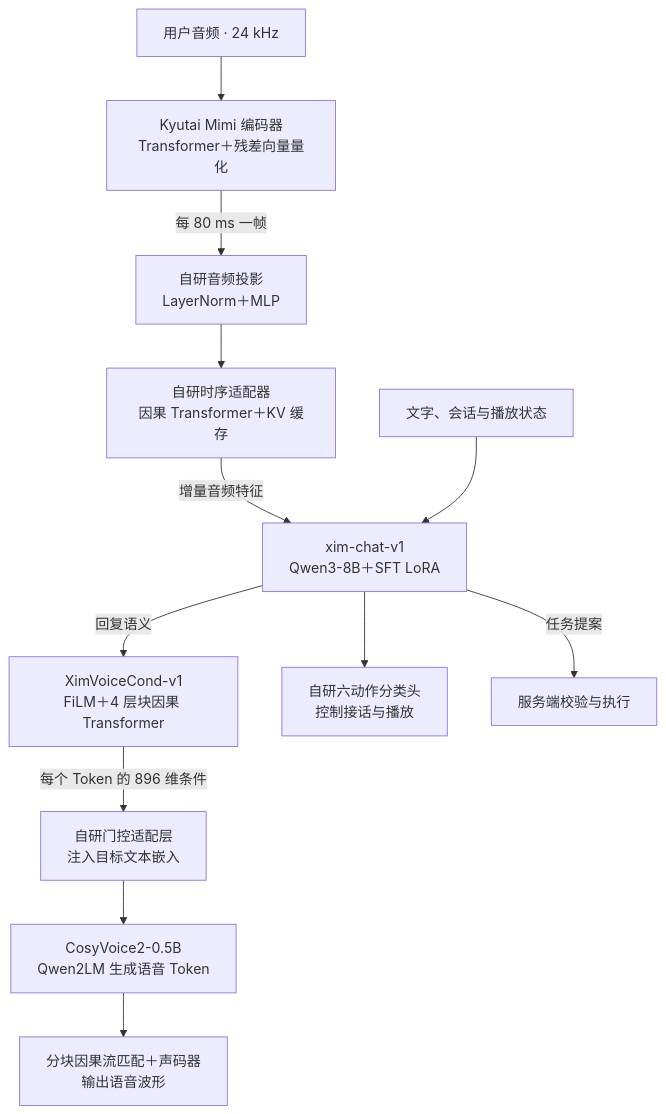
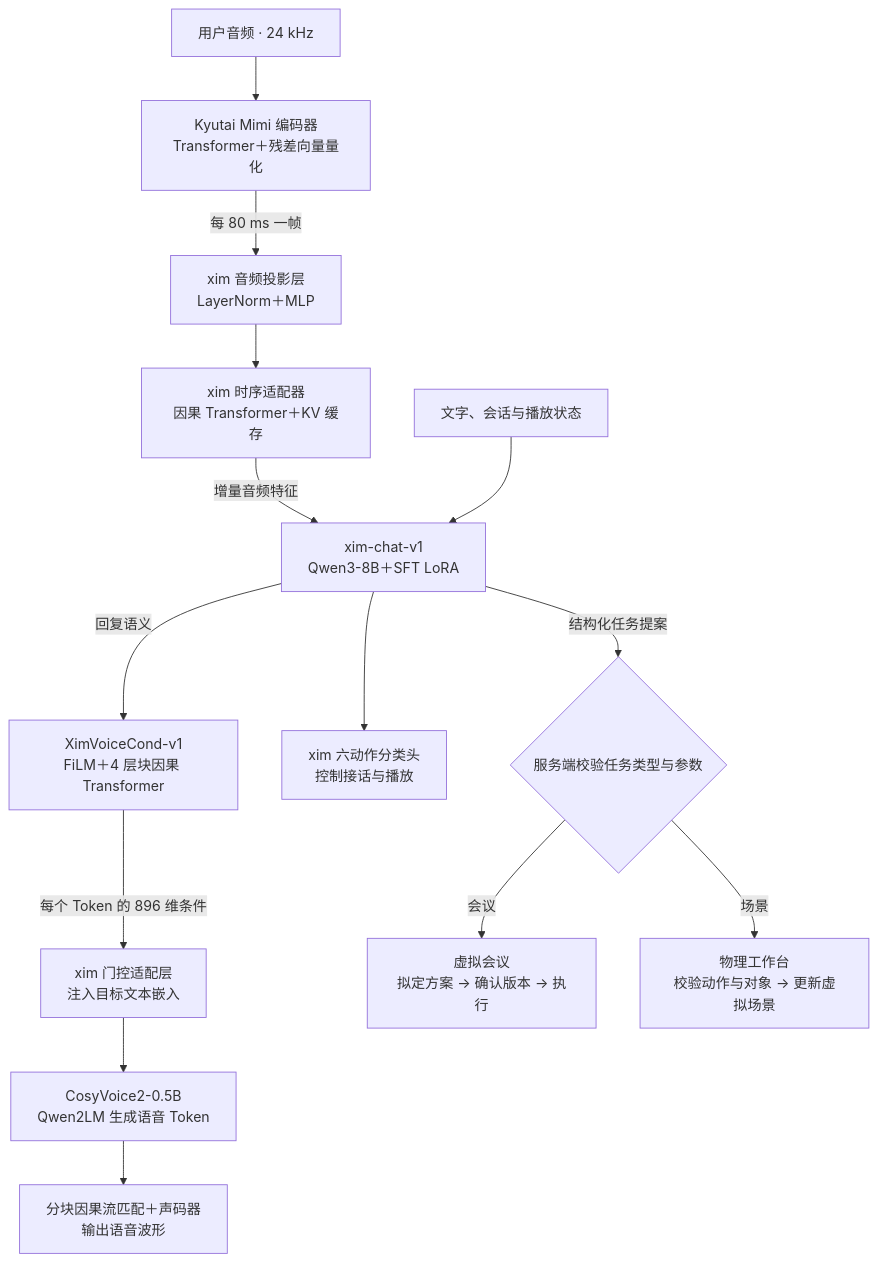
The diagram in README.md (wuki-creator/Xim-duplex), drawn with Mermaid before and after one commit. The commit also changed other lines of this file and 21 other files, not shown here.

````diff
--- a/README.md
+++ b/README.md
@@ -57,14 +38,16 @@
 ```mermaid
 flowchart TD
     audio["用户音频 · 24 kHz"] --> mimi["Kyutai Mimi 编码器<br/>Transformer＋残差向量量化"]
-    mimi -->|每 80 ms 一帧| proj["自研音频投影<br/>LayerNorm＋MLP"]
-    proj --> temp["自研时序适配器<br/>因果 Transformer＋KV 缓存"]
+    mimi -->|每 80 ms 一帧| proj["xim 音频投影层<br/>LayerNorm＋MLP"]
+    proj --> temp["xim 时序适配器<br/>因果 Transformer＋KV 缓存"]
     temp -->|增量音频特征| xim["xim-chat-v1<br/>Qwen3-8B＋SFT LoRA"]
     state["文字、会话与播放状态"] --> xim
     xim -->|回复语义| cond["XimVoiceCond-v1<br/>FiLM＋4 层块因果 Transformer"]
-    cond -->|每个 Token 的 896 维条件| bridge["自研门控适配层<br/>注入目标文本嵌入"]
+    cond -->|每个 Token 的 896 维条件| bridge["xim 门控适配层<br/>注入目标文本嵌入"]
     bridge --> cosy["CosyVoice2-0.5B<br/>Qwen2LM 生成语音 Token"]
     cosy --> wave["分块因果流匹配＋声码器<br/>输出语音波形"]
-    xim --> turn["自研六动作分类头<br/>控制接话与播放"]
-    xim -->|任务提案| check["服务端校验与执行"]
+    xim --> turn["xim 六动作分类头<br/>控制接话与播放"]
+    xim -->|结构化任务提案| check{"服务端校验任务类型与参数"}
+    check -->|会议| meeting["虚拟会议<br/>拟定方案 → 确认版本 → 执行"]
+    check -->|场景| workbench["物理工作台<br/>校验动作与对象 → 更新虚拟场景"]
 ```
````
